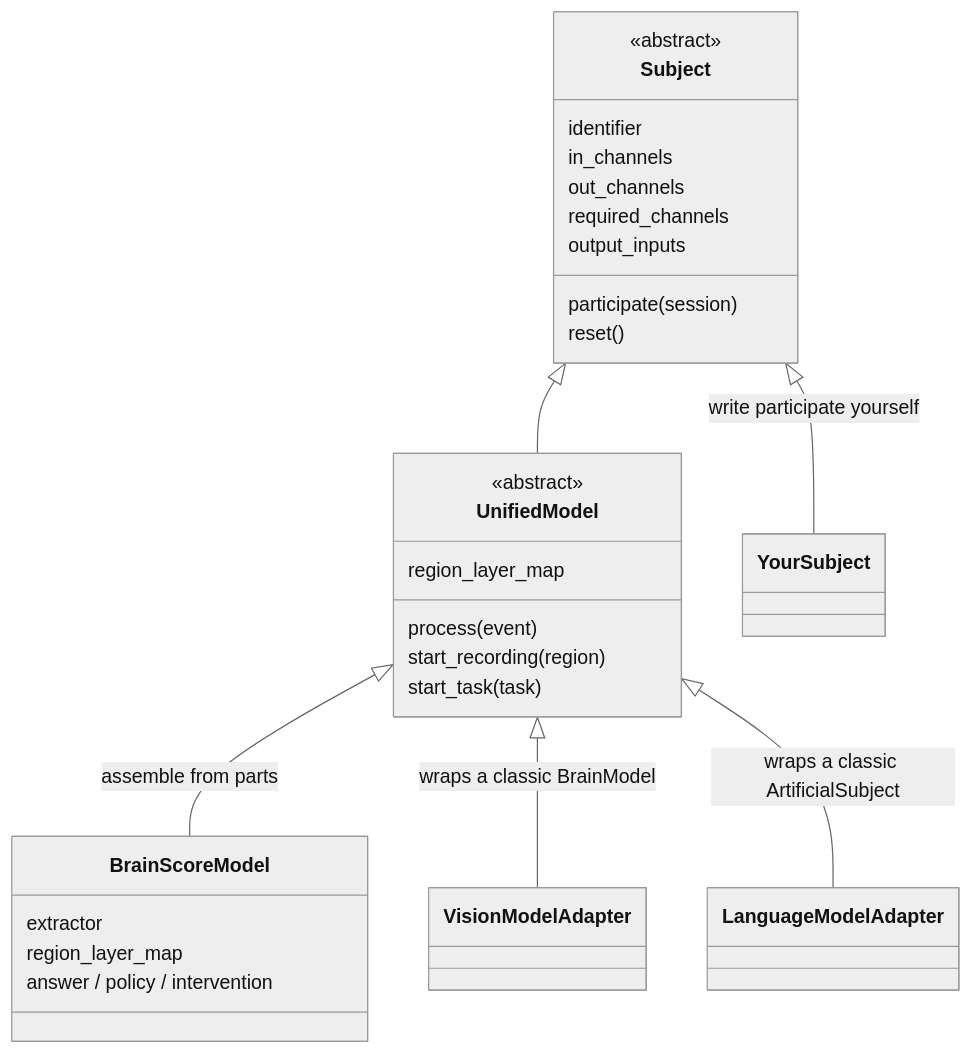
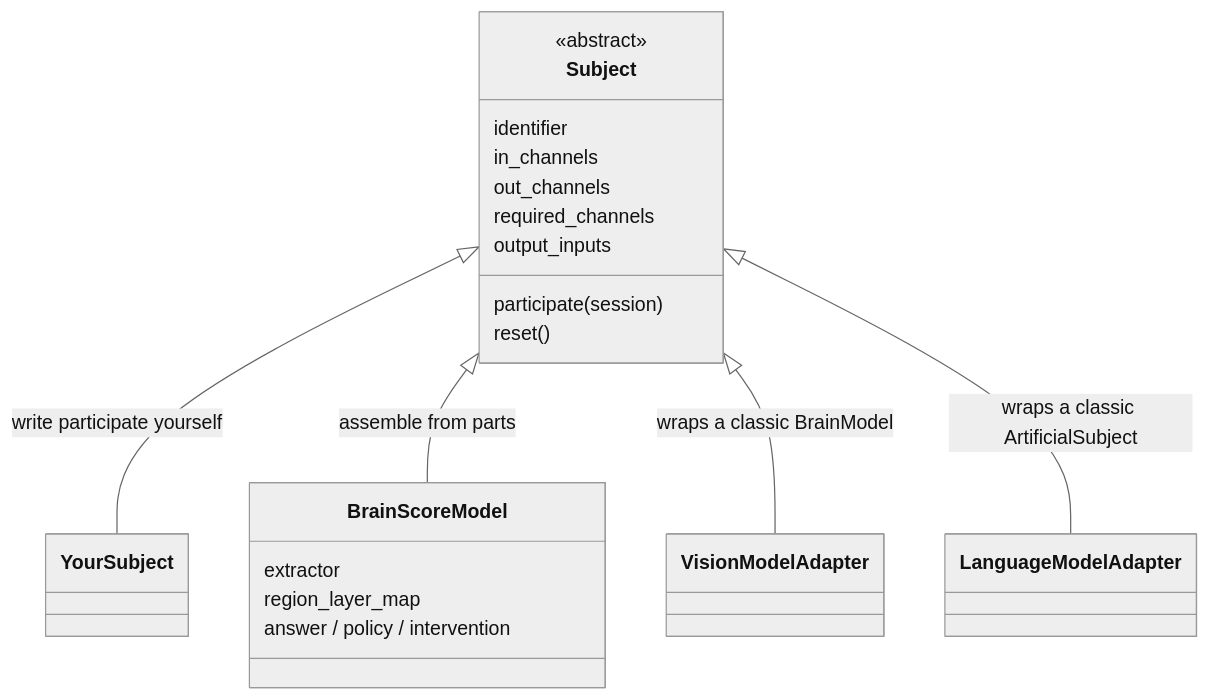
Before and after one commit to KartikP/brainscore-unified: the first of 3 diagrams in docs/03_class_map.md, drawn with Mermaid (neutral theme). The commit also changed other lines of this file and 8 other files, not shown here.

Commit message:
refactor: let the subjects inherit Subject, not UnifiedModel

````diff
--- a/docs/03_class_map.md
+++ b/docs/03_class_map.md
@@ -19,33 +19,25 @@
 ```mermaid
 classDiagram
     class Subject {
         <<abstract>>
         identifier
         in_channels
         out_channels
         required_channels
         output_inputs
         participate(session)
         reset()
     }
-    class UnifiedModel {
-        <<abstract>>
-        region_layer_map
-        process(event)
-        start_recording(region)
-        start_task(task)
-    }
     class BrainScoreModel {
         extractor
         region_layer_map
         answer / policy / intervention
     }
     class VisionModelAdapter
     class LanguageModelAdapter
     class YourSubject
     Subject <|-- YourSubject : write participate yourself
-    Subject <|-- UnifiedModel
-    UnifiedModel <|-- BrainScoreModel : assemble from parts
-    UnifiedModel <|-- VisionModelAdapter : wraps a classic BrainModel
-    UnifiedModel <|-- LanguageModelAdapter : wraps a classic ArtificialSubject
+    Subject <|-- BrainScoreModel : assemble from parts
+    Subject <|-- VisionModelAdapter : wraps a classic BrainModel
+    Subject <|-- LanguageModelAdapter : wraps a classic ArtificialSubject
 ```
````
